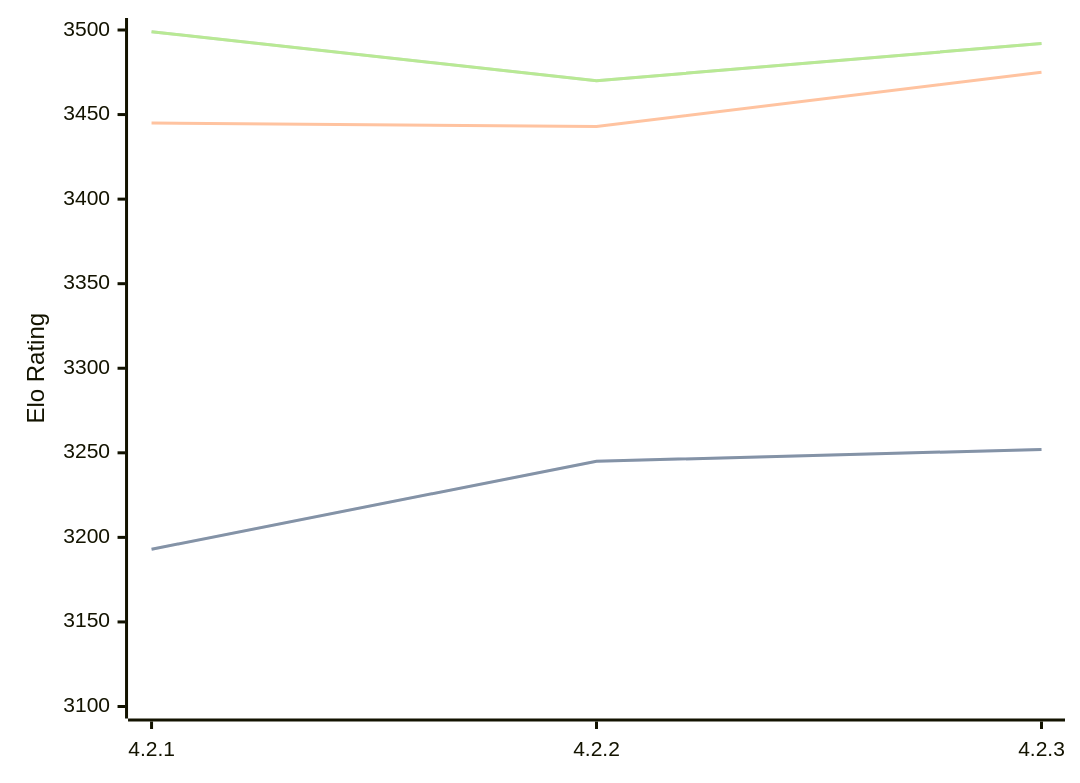
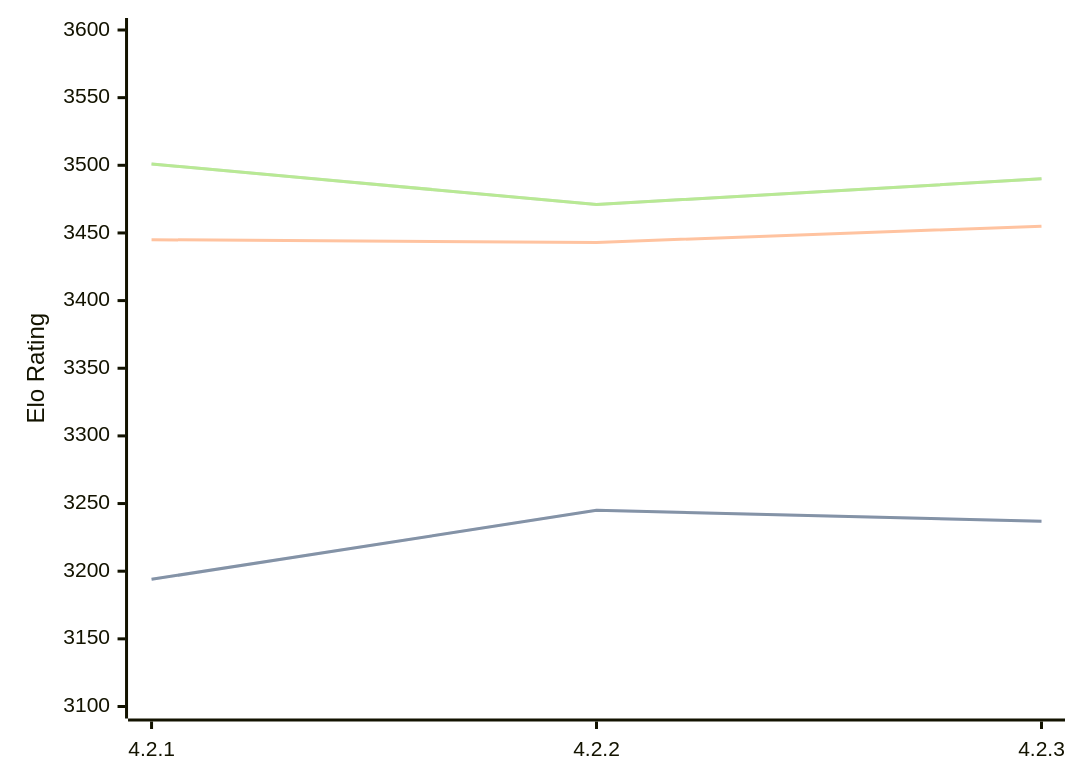
The diagram in engines/Gaia.md (computer-chess-index/cci), drawn with Mermaid before and after one commit. The commit also changed other lines of this file, not shown here.

Commit message:
Update CCI Ratings (ELO VLTC) - 2026-08-24

````diff
--- a/engines/Gaia.md
+++ b/engines/Gaia.md
@@ -37,11 +37,11 @@
 ```mermaid
 %%{init: {"theme":"base","themeVariables":{"seriesColors:['#a3a3a3','#222221','#faa371']}}}%%
 xychart-beta
   x-axis ["4.2.1", "4.2.2", "4.2.3"]
-  y-axis "Elo Rating" 3100 --> 3500
-  line "STC (8.0+0.08s)" [3193, 3245, 3252]
-  line "STC (8.0+0.08s)" [3193, 3245, 3252]
-  line "LTC (60.0+0.60s)" [3445, 3443, 3475]
-  line "VLTC (2m24s+1.12s)" [3499, 3470, 3492]
-  line "VLTC (2m24s+1.12s)" [3499, 3470, 3492]
+  y-axis "Elo Rating" 3100 --> 3600
+  line "STC (8.0+0.08s)" [3194, 3245, 3237]
+  line "STC (8.0+0.08s)" [3194, 3245, 3237]
+  line "LTC (60.0+0.60s)" [3445, 3443, 3455]
+  line "VLTC (2m24s+1.12s)" [3501, 3471, 3490]
+  line "VLTC (2m24s+1.12s)" [3501, 3471, 3490]
 ```
````
